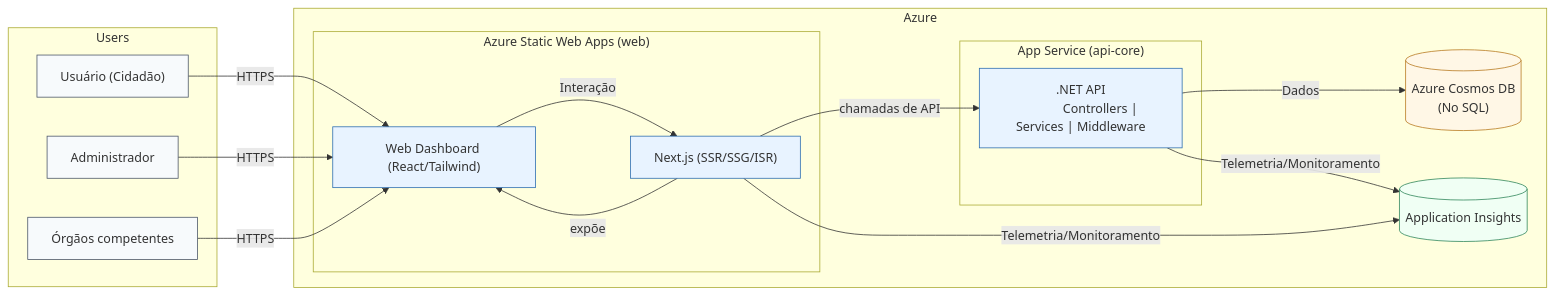
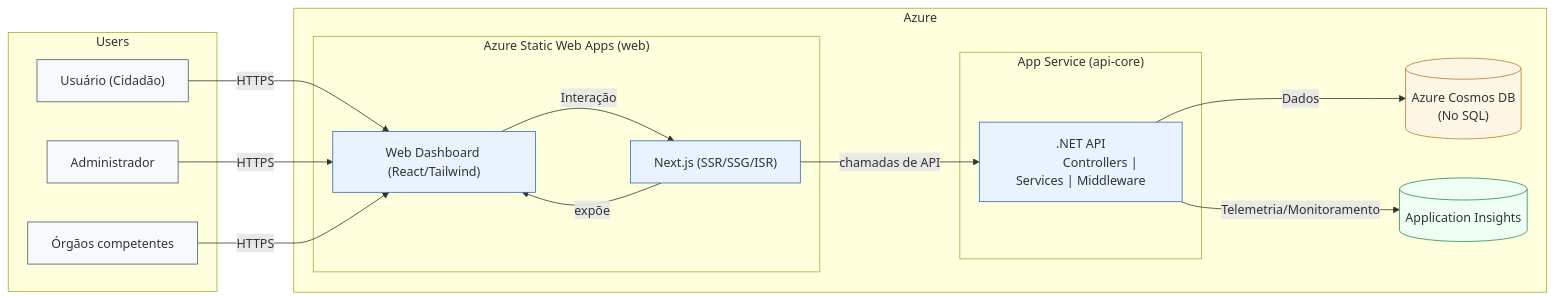
One commit to jj-viana/safe-zone changed the diagram in README.md. Above: the diagram before and after it, drawn with Mermaid. The commit also changed other lines of this file and 8 other files, not shown here.

````diff
--- a/README.md
+++ b/README.md
@@ -29,50 +31,49 @@
 ```mermaid
 flowchart LR
 	%% Atores
 	subgraph Users
 		U["Usuário (Cidadão)"]
 		Admin["Administrador"]
 		Agencies["Órgãos competentes"]
 	end
 
 	%% Azure e Camadas
 	subgraph Azure
 		subgraph SWA["Azure Static Web Apps (web)"]
 			Next["Next.js (SSR/SSG/ISR)"]
 			Dashboard["Web Dashboard (React/Tailwind)"]
 		end
 
 		subgraph ApiApp["App Service (api-core)"]
 			API[".NET API
              Controllers | Services | Middleware"]
 		end
 
 		Cosmos[("Azure Cosmos DB
 		(No SQL)")]
 		AppInsights[("Application Insights")]
 	end
 
 	%% Fluxos principais
 	U -->|HTTPS| Dashboard
 	Admin -->|HTTPS| Dashboard
 	Agencies -->|HTTPS| Dashboard
 	Next -->|expõe| Dashboard
 	Dashboard -->|Interação| Next
 	Next -->|chamadas de API| API
 
 	%% Regras de negócio e dados
 	API -->|Dados| Cosmos
 	API -->|Telemetria/Monitoramento| AppInsights
-	Next -->|Telemetria/Monitoramento| AppInsights
 
 	%% Estilos
 	classDef svc fill:#e8f3ff,stroke:#2b6cb0,stroke-width:1px;
 	classDef data fill:#fff7e6,stroke:#b7791f,stroke-width:1px;
 	classDef sec fill:#f0fff4,stroke:#2f855a,stroke-width:1px;
 	classDef user fill:#f7fafc,stroke:#4a5568,stroke-width:1px;
 
 	class Next,API,Dashboard svc;
 	class Cosmos data;
 	class AppInsights sec;
 	class U,Admin,Agencies user;
 ```
````
